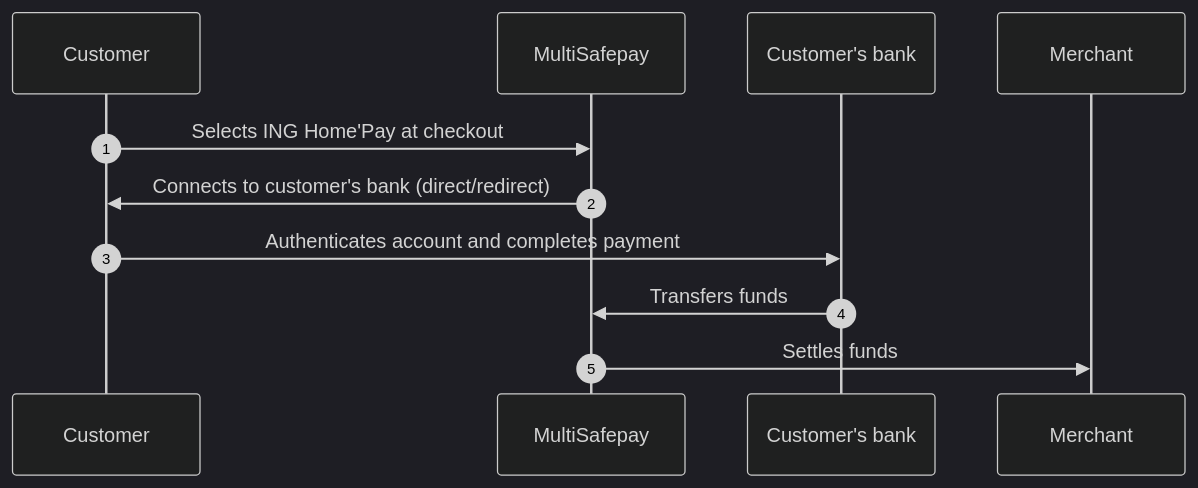
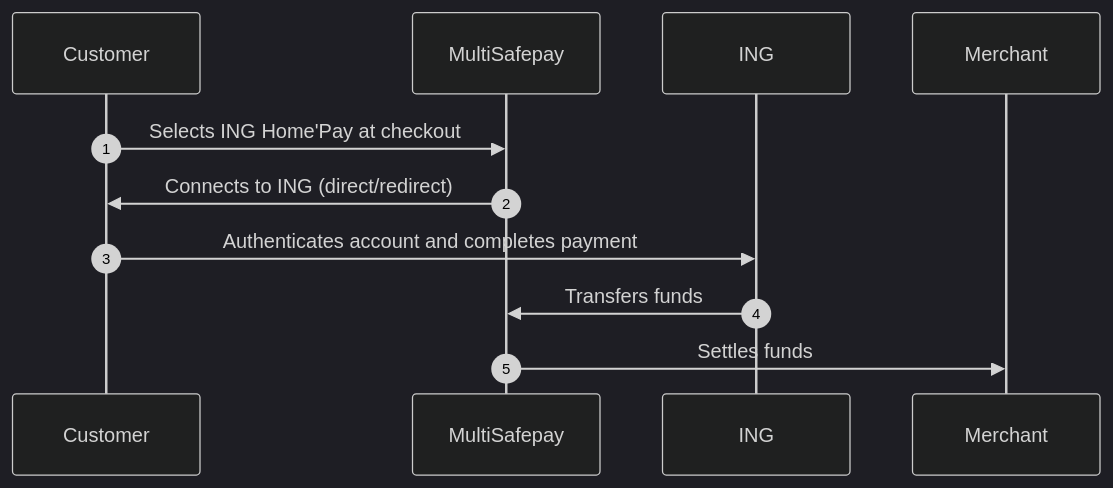
One commit to MultiSafepay/docs changed the diagram in content/payments/methods/banks/ing-home-pay/payment-flow.md. Above: the diagram before and after it, drawn with Mermaid (dark theme). The commit also changed other lines of this file and 37 other files, not shown here.

```diff
--- a/content/payments/methods/banks/ing-home-pay/payment-flow.md
+++ b/content/payments/methods/banks/ing-home-pay/payment-flow.md
@@ -17,16 +17,16 @@
 {{< mermaid class="text-center" >}}
 
 sequenceDiagram
     autonumber
     participant C as Customer
     participant Mu as MultiSafepay
-    participant CB as Customer's bank
+    participant I as ING
     participant Me as Merchant
 
     C->>Mu: Selects ING Home'Pay at checkout
-    Mu->>C: Connects to customer's bank (direct/redirect)
-    C->>CB: Authenticates account and completes payment
-    CB->>Mu: Transfers funds 
+    Mu->>C: Connects to ING (direct/redirect)
+    C->>I: Authenticates account and completes payment
+    I->>Mu: Transfers funds 
     Mu->>Me: Settles funds
 
 {{< /mermaid >}}
```
